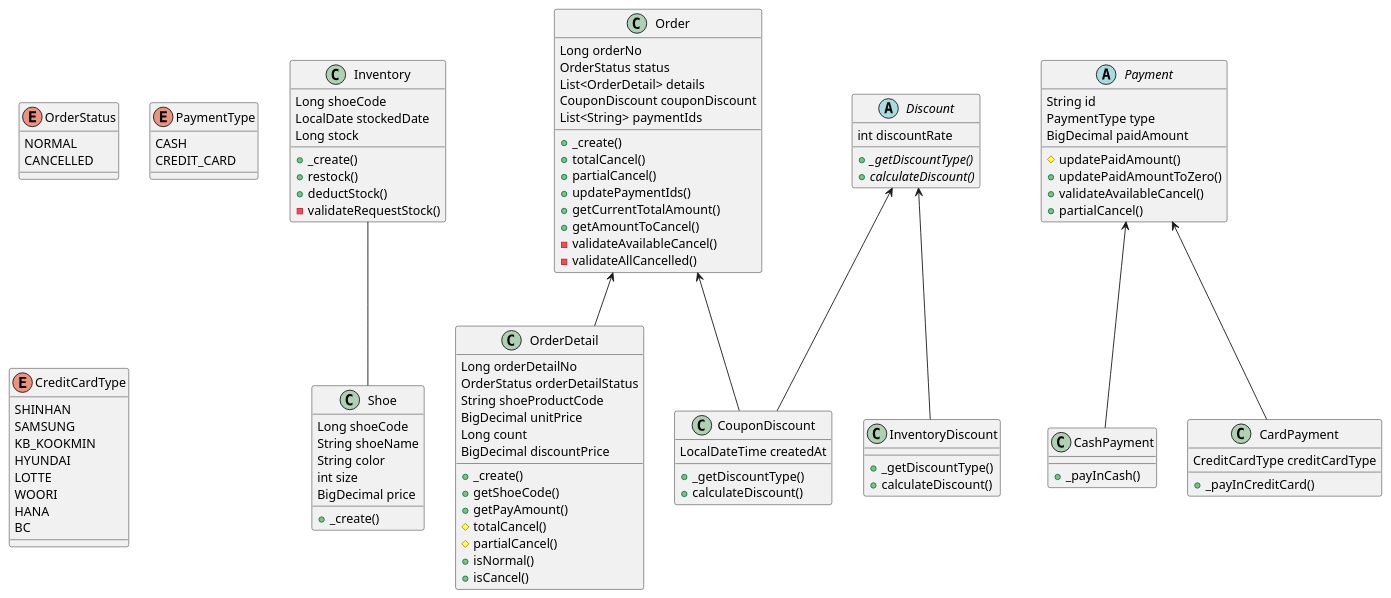
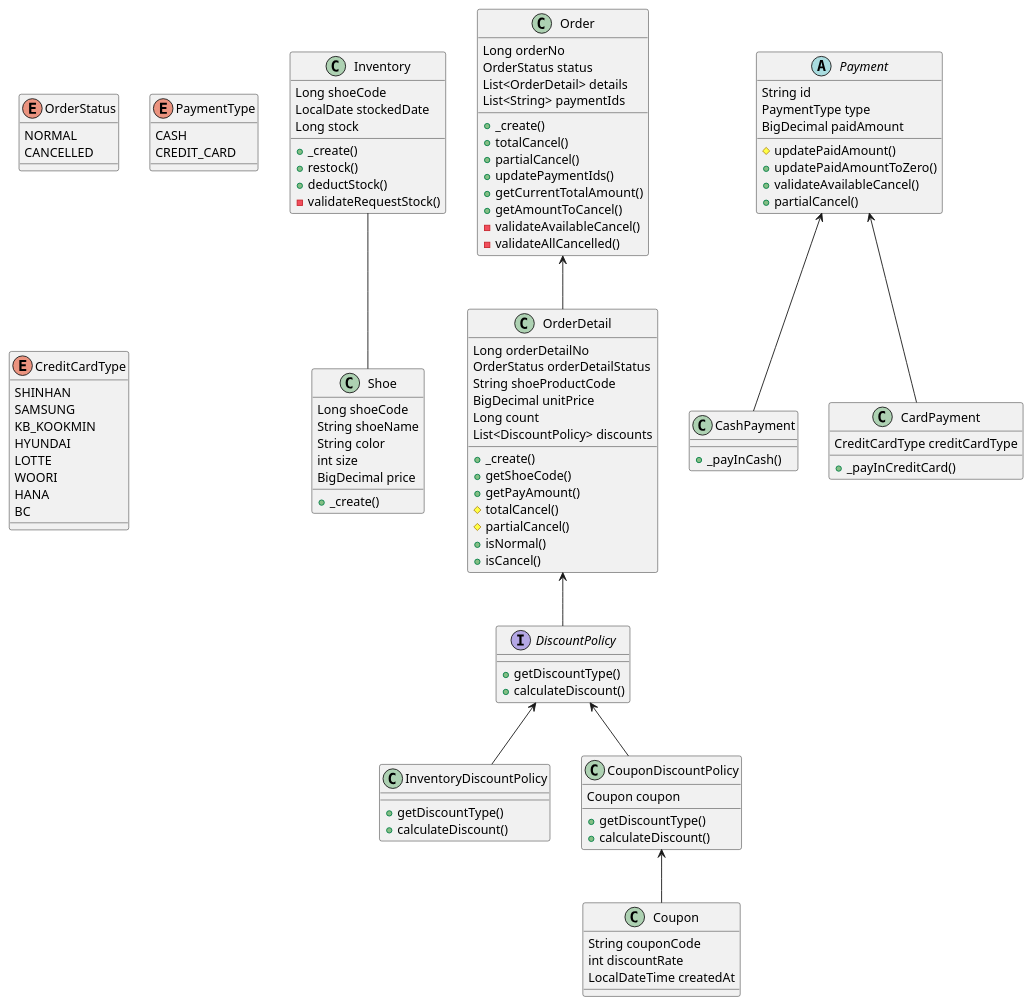
Before and after one commit to ABC-Mart-Owners-club/namjoon-shoe-store: the diagram in docs/DomainStructure.puml, drawn with PlantUML. The commit also changed 1 other file, not shown here.

```diff
--- a/docs/DomainStructure.puml
+++ b/docs/DomainStructure.puml
@@ -1,119 +1,124 @@
 @startuml
 
 class Shoe {
 Long shoeCode
 String shoeName
 String color
 int size
 BigDecimal price
 + _create()
 }
 
 enum OrderStatus {
 NORMAL
 CANCELLED
 }
 
 class Order {
 Long orderNo
 OrderStatus status
 List<OrderDetail> details
-CouponDiscount couponDiscount
 List<String> paymentIds
 + _create()
 + totalCancel()
 + partialCancel()
 + updatePaymentIds()
 + getCurrentTotalAmount()
 + getAmountToCancel()
 - validateAvailableCancel()
 - validateAllCancelled()
 }
 
 class OrderDetail {
 Long orderDetailNo
 OrderStatus orderDetailStatus
 String shoeProductCode
 BigDecimal unitPrice
 Long count
-BigDecimal discountPrice
+List<DiscountPolicy> discounts
 + _create()
 + getShoeCode()
 + getPayAmount()
 # totalCancel()
 # partialCancel()
 + isNormal()
 + isCancel()
 }
 
 enum PaymentType {
 CASH
 CREDIT_CARD
 }
 
 enum CreditCardType {
 SHINHAN
 SAMSUNG
 KB_KOOKMIN
 HYUNDAI
 LOTTE
 WOORI
 HANA
 BC
 }
 
 abstract class Payment {
 String id
 PaymentType type
 BigDecimal paidAmount
 # updatePaidAmount()
 + updatePaidAmountToZero()
 + validateAvailableCancel()
 + partialCancel()
 }
 
 class CashPayment {
 + _payInCash()
 }
 
 class CardPayment {
 CreditCardType creditCardType
 + _payInCreditCard()
 }
 
 class Inventory {
 Long shoeCode
 LocalDate stockedDate
 Long stock
 + _create()
 + restock()
 + deductStock()
 - validateRequestStock()
 }
 
-abstract class Discount {
-int discountRate
-+ _getDiscountType() {abstract}
-+ calculateDiscount() {abstract}
-}
-
-class InventoryDiscount {
-+ _getDiscountType()
+interface DiscountPolicy {
++ getDiscountType()
 + calculateDiscount()
 }
 
-class CouponDiscount {
+class InventoryDiscountPolicy {
++ getDiscountType()
++ calculateDiscount()
+}
+
+class CouponDiscountPolicy {
+Coupon coupon
++ getDiscountType()
++ calculateDiscount()
+}
+
+class Coupon {
+String couponCode
+int discountRate
 LocalDateTime createdAt
-+ _getDiscountType()
-+ calculateDiscount()
 }
 
 Order <-- OrderDetail
 Payment <-- CashPayment
 Payment <-- CardPayment
 Inventory -- Shoe
-Discount <-- InventoryDiscount
-Discount <-- CouponDiscount
-Order <-- CouponDiscount
+OrderDetail <-- DiscountPolicy
+DiscountPolicy <-- InventoryDiscountPolicy
+DiscountPolicy <-- CouponDiscountPolicy
+CouponDiscountPolicy <-- Coupon
 
 @enduml
```
